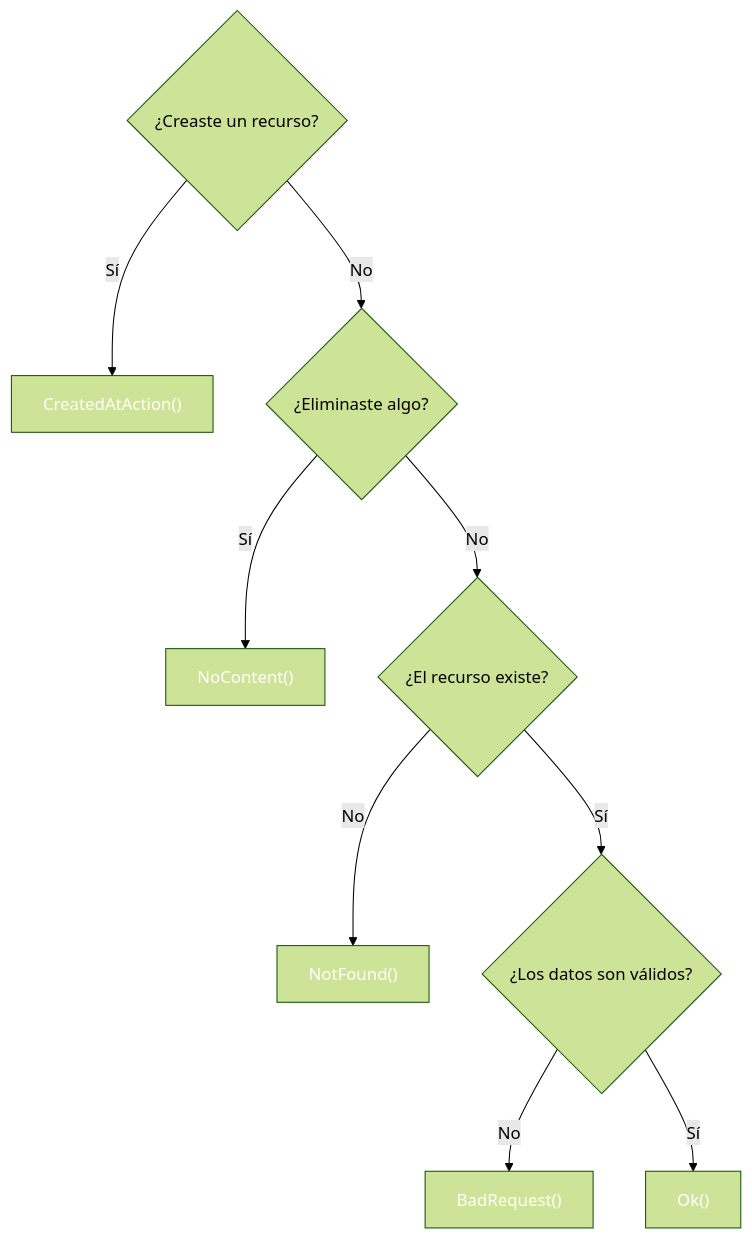
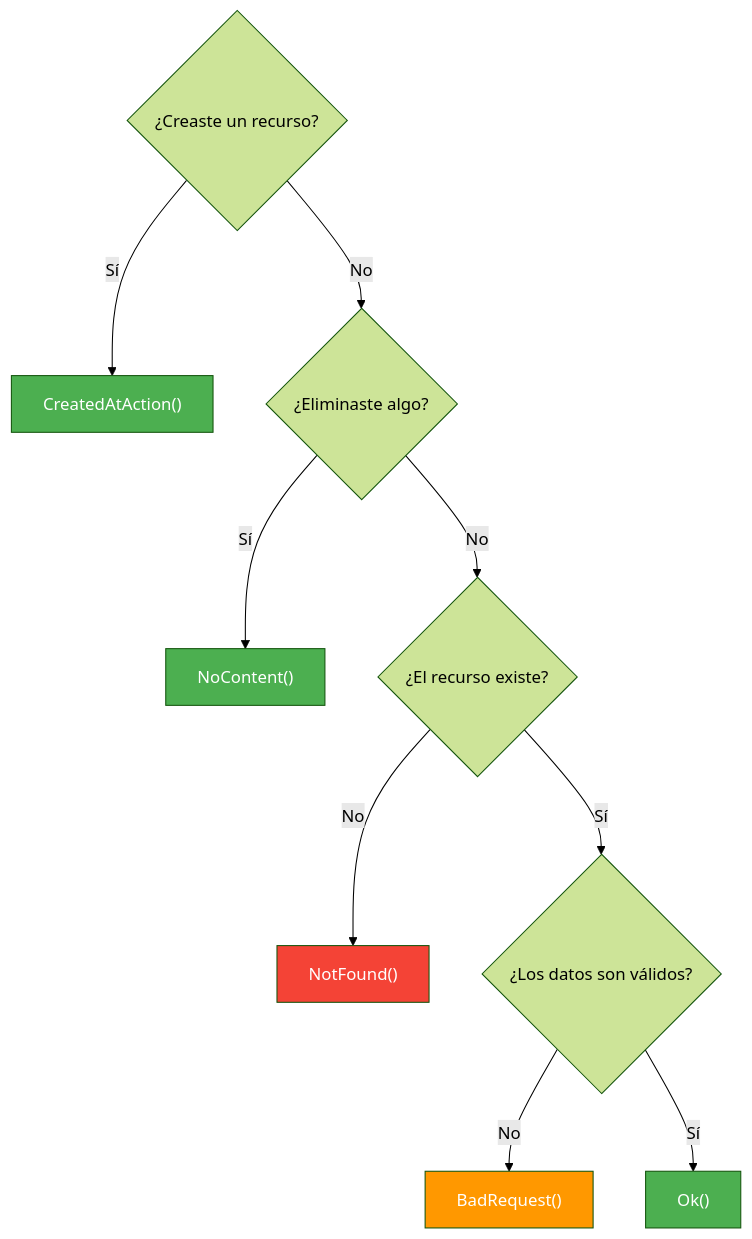
The third of 3 diagrams in 04-controladores-mvc.md (joseluisgs/DesarrolloWebEntornosServidor-02-2026-2027), drawn with Mermaid (forest theme) before and after one commit. The commit also changed other lines of this file and 29 other files, not shown here.

Commit message:
docs: corregir estilos Mermaid y estilo, quitar referencias a la Tienda y reestructurar los retos 13 y 15

````diff
--- a/04-controladores-mvc.md
+++ b/04-controladores-mvc.md
@@ -373,16 +373,16 @@
 ```mermaid
 flowchart TD
     A{"¿Creaste un recurso?"} -->|Sí| B["CreatedAtAction()"]
     A -->|No| C{"¿Eliminaste algo?"}
     C -->|Sí| D["NoContent()"]
     C -->|No| E{"¿El recurso existe?"}
     E -->|No| F["NotFound()"]
     E -->|Sí| G{"¿Los datos son válidos?"}
     G -->|No| H["BadRequest()"]
     G -->|Sí| I["Ok()"]
-    style B fill:#4CAF5,color:#fff0,color:#fff
-    style D fill:#4CAF5,color:#fff0,color:#fff
-    style F fill:#f4433,color:#fff6,color:#fff
-    style H fill:#FF980,color:#fff0,color:#fff
-    style I fill:#4CAF5,color:#fff0,color:#fff
+    style B fill:#4CAF50,color:#fff
+    style D fill:#4CAF50,color:#fff
+    style F fill:#f44336,color:#fff
+    style H fill:#FF9800,color:#fff
+    style I fill:#4CAF50,color:#fff
 ```
````
